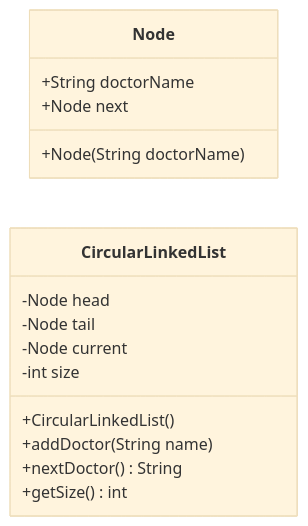
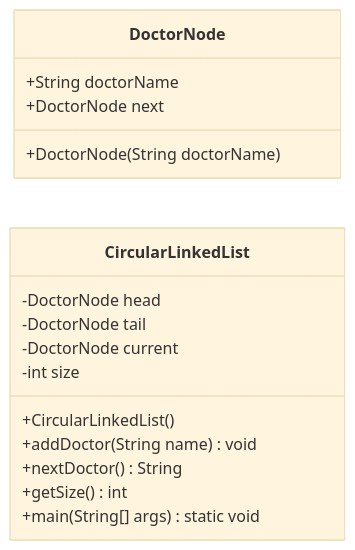
One commit to LeTranQuocDung/CSD201_Group6 changed the diagram in classdiagram.md. Above: the diagram before and after it, drawn with Mermaid (base theme).

````diff
--- a/classdiagram.md
+++ b/classdiagram.md
@@ -1,21 +1,23 @@
 ```mermaid
 classDiagram
     direction LR
     
-    class Node {
+    class DoctorNode {
         +String doctorName
-        +Node next
-        +Node(String doctorName)
+        +DoctorNode next
+        +DoctorNode(String doctorName)
     }
 
     class CircularLinkedList {
-        -Node head
-        -Node tail
-        -Node current
+        -DoctorNode head
+        -DoctorNode tail
+        -DoctorNode current
         -int size
         +CircularLinkedList()
-        +addDoctor(String name)
+        +addDoctor(String name) void
         +nextDoctor() String
         +getSize() int
+        +main(String[] args) static void
     }
-```
+
+ ```
````
